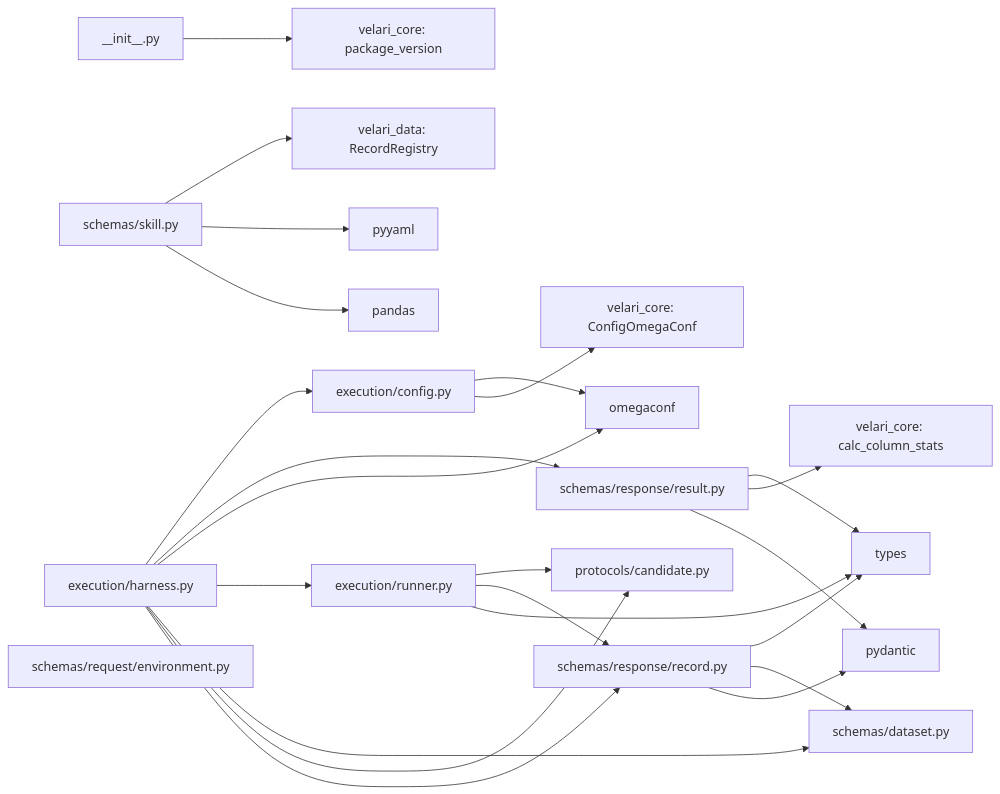
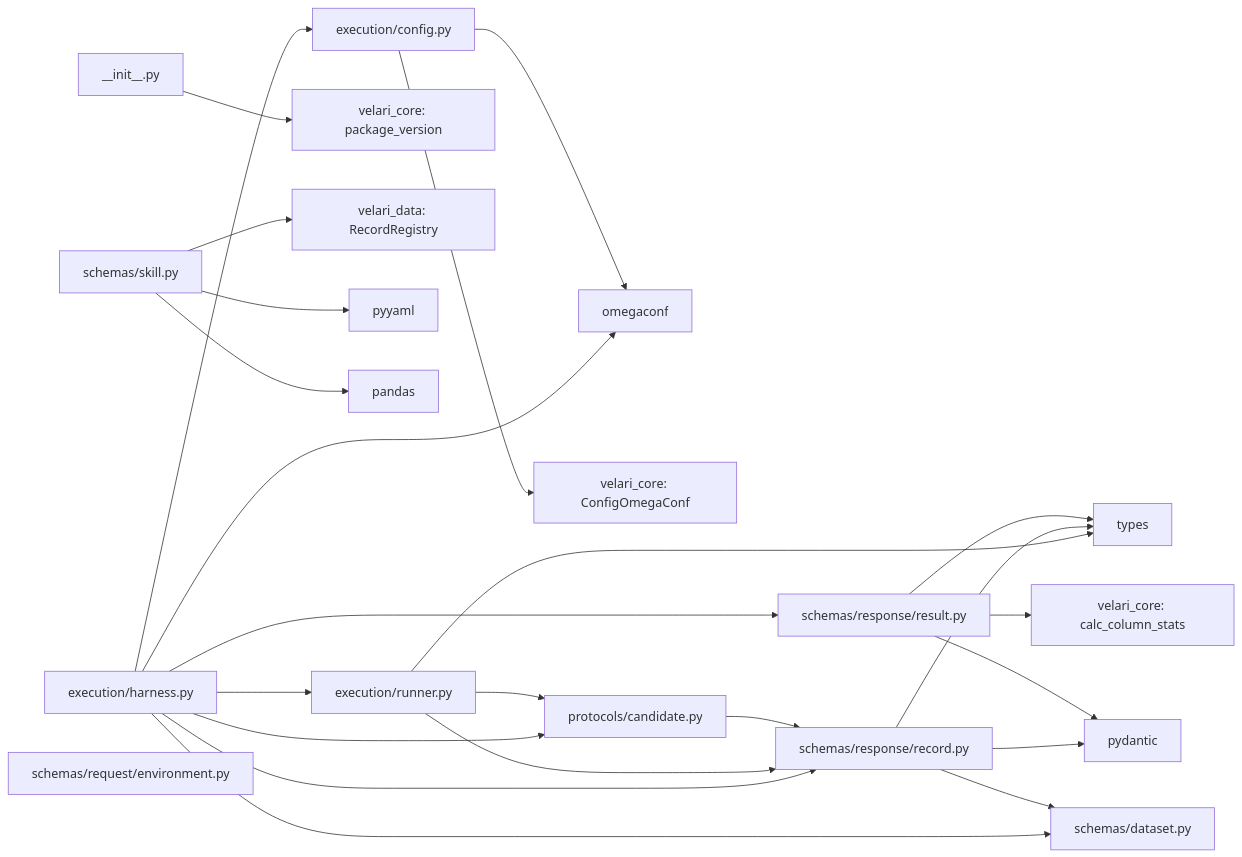
The first of 2 diagrams in docs/packages/velari-harness/architecture/architecture.md (akamlani/velari-suite), drawn with Mermaid before and after one commit. The commit also changed other lines of this file and 19 other files, not shown here.

````diff
--- a/docs/packages/velari-harness/architecture/architecture.md
+++ b/docs/packages/velari-harness/architecture/architecture.md
@@ -32,28 +32,29 @@
 ```mermaid
 graph LR
     harness["execution/harness.py"] --> config["execution/config.py"]
     harness --> result["schemas/response/result.py"]
     result --> types
     result --> corestats["velari_core: calc_column_stats"]
     result --> pydantic["pydantic"]
     config --> omegaconf["omegaconf"]
     config --> core["velari_core: ConfigOmegaConf"]
     harness --> omegaconf
     init["__init__.py"] --> core2["velari_core: package_version"]
     candidate["protocols/candidate.py"]
+    candidate --> record
     dataset["schemas/dataset.py"]
     skill["schemas/skill.py"] --> velarireg["velari_data: RecordRegistry"]
     skill --> pyyaml["pyyaml"]
     skill --> pandas["pandas"]
     environment["schemas/request/environment.py"]
     record["schemas/response/record.py"] --> types
     record --> dataset
     record --> pydantic
     runner["execution/runner.py"] --> candidate
     runner --> record
     runner --> types
     harness --> runner
     harness --> dataset
     harness --> candidate
     harness --> record
 ```
````
